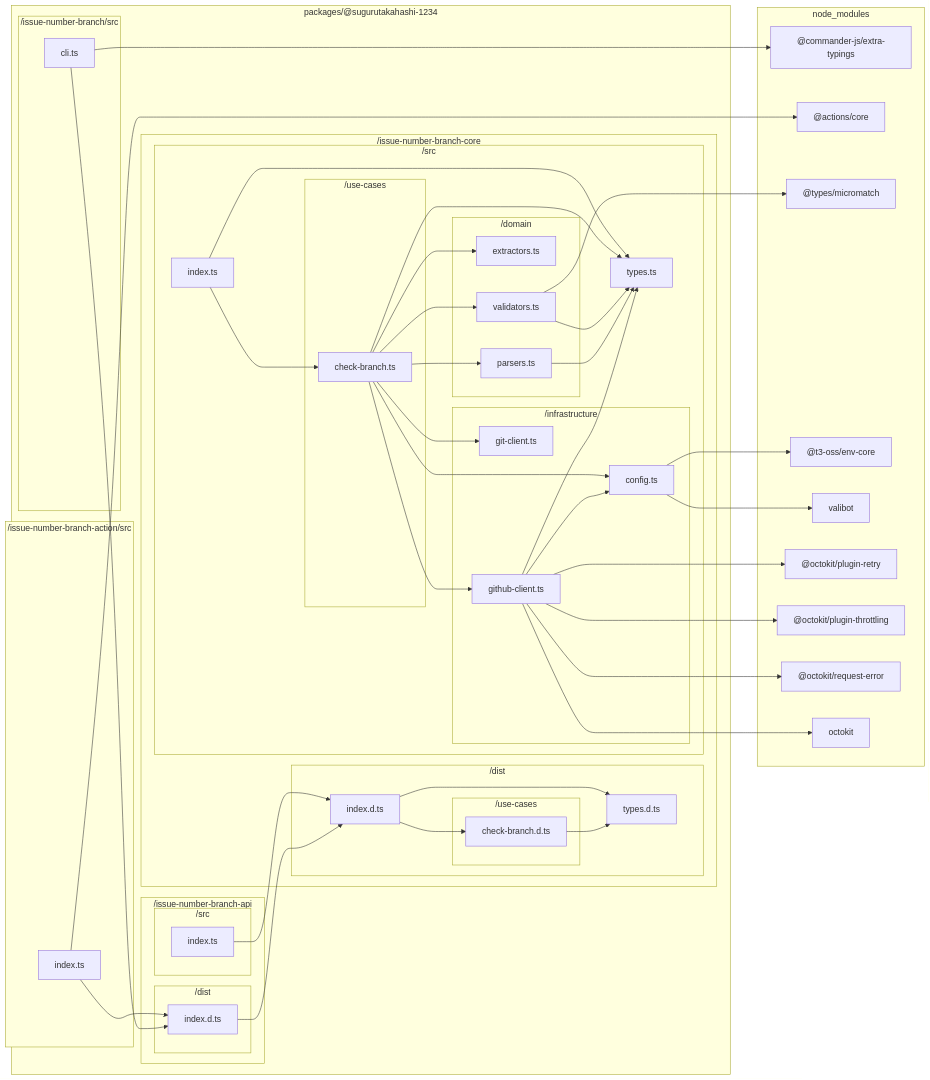
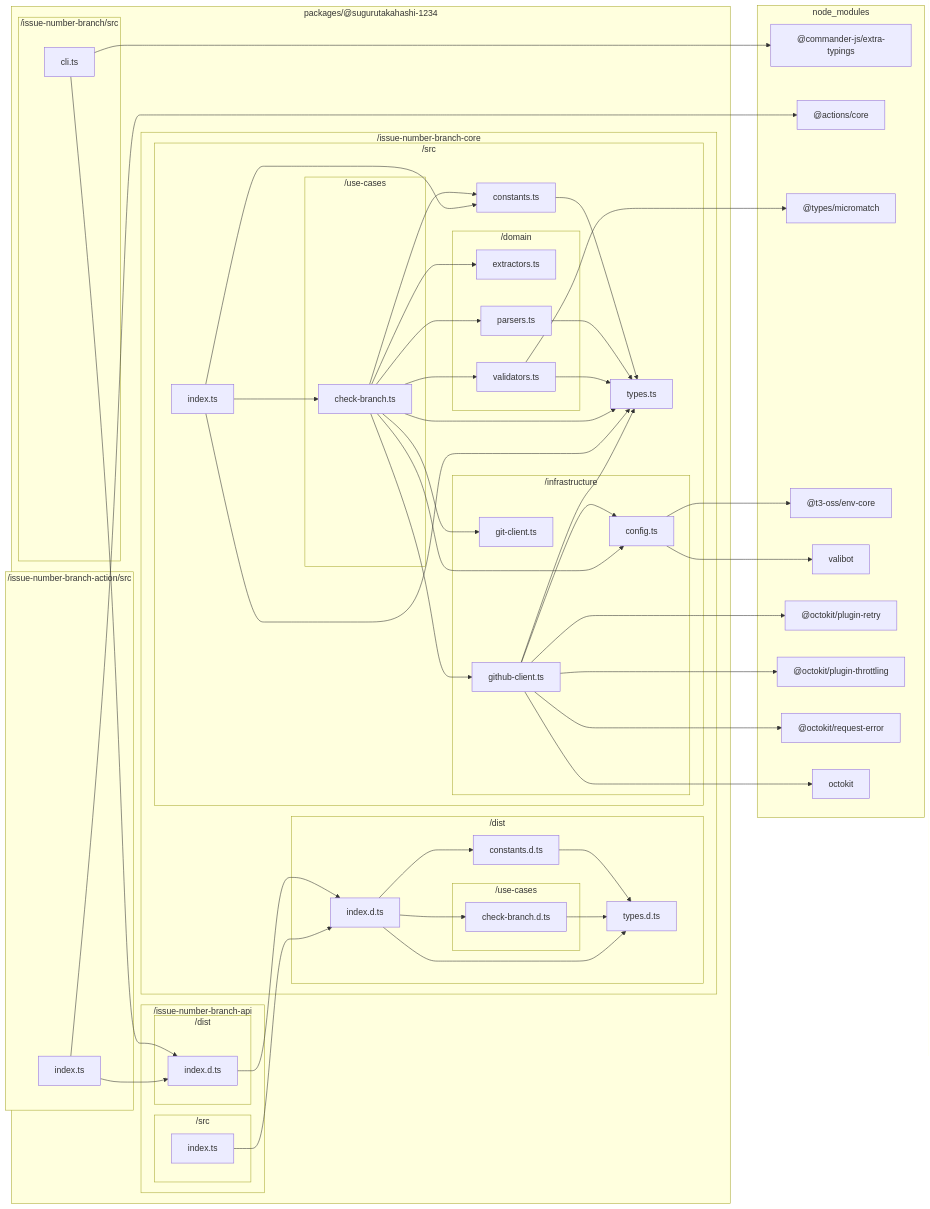
One commit to sugurutakahashi-1234/issue-linker changed the diagram in docs/reports/dependencies/all.md. Above: the diagram before and after it, drawn with Mermaid. The commit also changed 9 other files, not shown here.

````diff
--- a/docs/reports/dependencies/all.md
+++ b/docs/reports/dependencies/all.md
@@ -10,6 +10,7 @@
         subgraph packages///sugurutakahashi//1234/issue//number//branch//core["/issue-number-branch-core"]
             subgraph packages///sugurutakahashi//1234/issue//number//branch//core/dist["/dist"]
                 packages///sugurutakahashi//1234/issue//number//branch//core/dist/types.d.ts["types.d.ts"]
+                packages///sugurutakahashi//1234/issue//number//branch//core/dist/constants.d.ts["constants.d.ts"]
                 packages///sugurutakahashi//1234/issue//number//branch//core/dist/index.d.ts["index.d.ts"]
                 subgraph packages///sugurutakahashi//1234/issue//number//branch//core/dist/use//cases["/use-cases"]
                     packages///sugurutakahashi//1234/issue//number//branch//core/dist/use//cases/check//branch.d.ts["check-branch.d.ts"]
@@ -17,6 +18,7 @@
             end
             subgraph packages///sugurutakahashi//1234/issue//number//branch//core/src["/src"]
                 packages///sugurutakahashi//1234/issue//number//branch//core/src/types.ts["types.ts"]
+                packages///sugurutakahashi//1234/issue//number//branch//core/src/constants.ts["constants.ts"]
                 packages///sugurutakahashi//1234/issue//number//branch//core/src/index.ts["index.ts"]
                 subgraph packages///sugurutakahashi//1234/issue//number//branch//core/src/domain["/domain"]
                     packages///sugurutakahashi//1234/issue//number//branch//core/src/domain/extractors.ts["extractors.ts"]
@@ -59,8 +61,10 @@
         node//modules///octokit/request//error/dist//types/index.d.ts["@octokit/request-error"]
         node//modules/octokit/dist//types/index.d.ts["octokit"]
     end
+    packages///sugurutakahashi//1234/issue//number//branch//core/dist/constants.d.ts-->packages///sugurutakahashi//1234/issue//number//branch//core/dist/types.d.ts
     packages///sugurutakahashi//1234/issue//number//branch//core/dist/use//cases/check//branch.d.ts-->packages///sugurutakahashi//1234/issue//number//branch//core/dist/types.d.ts
     packages///sugurutakahashi//1234/issue//number//branch//core/dist/index.d.ts-->packages///sugurutakahashi//1234/issue//number//branch//core/dist/types.d.ts
+    packages///sugurutakahashi//1234/issue//number//branch//core/dist/index.d.ts-->packages///sugurutakahashi//1234/issue//number//branch//core/dist/constants.d.ts
     packages///sugurutakahashi//1234/issue//number//branch//core/dist/index.d.ts-->packages///sugurutakahashi//1234/issue//number//branch//core/dist/use//cases/check//branch.d.ts
     packages///sugurutakahashi//1234/issue//number//branch//api/dist/index.d.ts-->packages///sugurutakahashi//1234/issue//number//branch//core/dist/index.d.ts
     packages///sugurutakahashi//1234/issue//number//branch/src/cli.ts-->node//modules///commander//js/extra//typings/index.d.ts
@@ -68,6 +72,7 @@
     packages///sugurutakahashi//1234/issue//number//branch//action/src/index.ts-->node//modules///actions/core/lib/core.d.ts
     packages///sugurutakahashi//1234/issue//number//branch//action/src/index.ts-->packages///sugurutakahashi//1234/issue//number//branch//api/dist/index.d.ts
     packages///sugurutakahashi//1234/issue//number//branch//api/src/index.ts-->packages///sugurutakahashi//1234/issue//number//branch//core/dist/index.d.ts
+    packages///sugurutakahashi//1234/issue//number//branch//core/src/constants.ts-->packages///sugurutakahashi//1234/issue//number//branch//core/src/types.ts
     packages///sugurutakahashi//1234/issue//number//branch//core/src/domain/parsers.ts-->packages///sugurutakahashi//1234/issue//number//branch//core/src/types.ts
     packages///sugurutakahashi//1234/issue//number//branch//core/src/domain/validators.ts-->node//modules///types/micromatch/index.d.ts
     packages///sugurutakahashi//1234/issue//number//branch//core/src/domain/validators.ts-->packages///sugurutakahashi//1234/issue//number//branch//core/src/types.ts
@@ -79,6 +84,7 @@
     packages///sugurutakahashi//1234/issue//number//branch//core/src/infrastructure/github//client.ts-->node//modules/octokit/dist//types/index.d.ts
     packages///sugurutakahashi//1234/issue//number//branch//core/src/infrastructure/github//client.ts-->packages///sugurutakahashi//1234/issue//number//branch//core/src/types.ts
     packages///sugurutakahashi//1234/issue//number//branch//core/src/infrastructure/github//client.ts-->packages///sugurutakahashi//1234/issue//number//branch//core/src/infrastructure/config.ts
+    packages///sugurutakahashi//1234/issue//number//branch//core/src/use//cases/check//branch.ts-->packages///sugurutakahashi//1234/issue//number//branch//core/src/constants.ts
     packages///sugurutakahashi//1234/issue//number//branch//core/src/use//cases/check//branch.ts-->packages///sugurutakahashi//1234/issue//number//branch//core/src/domain/extractors.ts
     packages///sugurutakahashi//1234/issue//number//branch//core/src/use//cases/check//branch.ts-->packages///sugurutakahashi//1234/issue//number//branch//core/src/domain/parsers.ts
     packages///sugurutakahashi//1234/issue//number//branch//core/src/use//cases/check//branch.ts-->packages///sugurutakahashi//1234/issue//number//branch//core/src/domain/validators.ts
@@ -86,6 +92,7 @@
     packages///sugurutakahashi//1234/issue//number//branch//core/src/use//cases/check//branch.ts-->packages///sugurutakahashi//1234/issue//number//branch//core/src/infrastructure/git//client.ts
     packages///sugurutakahashi//1234/issue//number//branch//core/src/use//cases/check//branch.ts-->packages///sugurutakahashi//1234/issue//number//branch//core/src/infrastructure/github//client.ts
     packages///sugurutakahashi//1234/issue//number//branch//core/src/use//cases/check//branch.ts-->packages///sugurutakahashi//1234/issue//number//branch//core/src/types.ts
+    packages///sugurutakahashi//1234/issue//number//branch//core/src/index.ts-->packages///sugurutakahashi//1234/issue//number//branch//core/src/constants.ts
     packages///sugurutakahashi//1234/issue//number//branch//core/src/index.ts-->packages///sugurutakahashi//1234/issue//number//branch//core/src/types.ts
     packages///sugurutakahashi//1234/issue//number//branch//core/src/index.ts-->packages///sugurutakahashi//1234/issue//number//branch//core/src/use//cases/check//branch.ts
 ```
````
